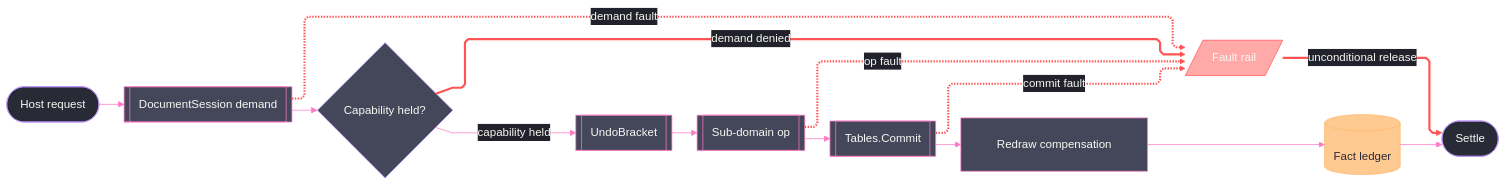
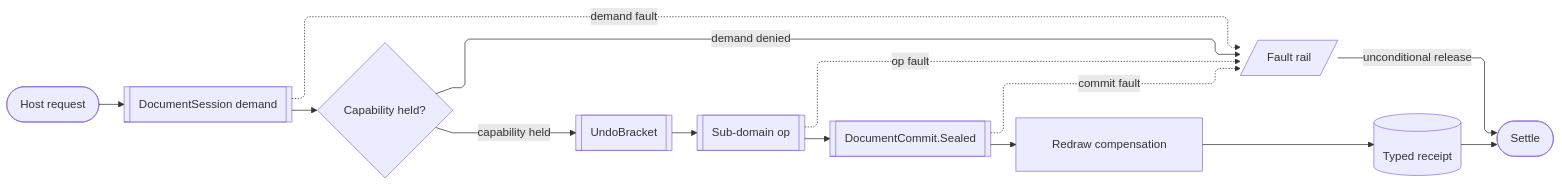
The third of 3 diagrams in libs/csharp/Rasm.Rhino/ARCHITECTURE.md (bsamiee/Rasm), drawn with Mermaid before and after one commit. The commit also changed other lines of this file and 460 other files, not shown here.

````diff
--- a/libs/csharp/Rasm.Rhino/ARCHITECTURE.md
+++ b/libs/csharp/Rasm.Rhino/ARCHITECTURE.md
@@ -239,53 +196,25 @@
 ```mermaid
 ---
 config:
-  theme: base
-  look: classic
   layout: elk
   flowchart:
     curve: linear
     padding: 25
-  themeVariables:
-    darkMode: true
-    fontFamily: "SF Mono, Menlo, Cascadia Mono, Segoe UI Mono, Consolas, monospace"
-    useGradient: false
-    dropShadow: "none"
-    background: "#282A36"
-    primaryColor: "#44475A"
-    primaryTextColor: "#F8F8F2"
-    primaryBorderColor: "#BD93F9"
-    lineColor: "#FF79C6"
-    textColor: "#F8F8F2"
-    edgeLabelBackground: "#21222C"
-    labelBackgroundColor: "#21222C"
-  themeCSS: ".nodeLabel{font-size:13px;font-weight:500}.edgeLabel{font-size:12px;font-weight:500}.cluster-label .nodeLabel{font-size:13.5px;font-weight:700;letter-spacing:.08em}.edge-thickness-normal{stroke-width:2px}.edge-thickness-thick{stroke-width:3px}.edge-pattern-dashed,.edge-pattern-dotted{stroke-width:1.5px;stroke-dasharray:4 6}.node rect,.node circle,.node polygon,.node path,.node .outer-path{stroke-width:1.5px;filter:none!important}.cluster rect{stroke-width:1px!important;stroke-dasharray:5 4!important;filter:none!important}.marker path{transform:scale(.8);transform-origin:5px 5px}.marker circle{transform:scale(.48);transform-origin:5px 5px}.edgeLabel rect{transform-box:fill-box;transform-origin:center;transform:scale(1.1,1.2)}"
 ---
 flowchart LR
     accTitle: Rasm.Rhino host-mutation spine
-    accDescr: The once-walked host mutation path from a request through the document-session demand and a capability gate into the UndoBracket, the sub-domain executor, and the sealing commit, with every stage fault converging on one red rail that still releases the bracket.
+    accDescr: The once-walked host mutation path from a request through the document-session demand and a capability gate into the UndoBracket, the sub-domain executor, and the sealing commit, with every stage fault converging on one fault rail that still releases the bracket.
     Request([Host request]) e1@--> Session[[DocumentSession demand]]
     Session e2@--> Ready{Capability held?}
     Ready e3@-->|"capability held"| Bracket[[UndoBracket]]
     Ready f1@-->|"demand denied"| Fault[/Fault rail/]
     Bracket e4@--> Executor[[Sub-domain op]]
-    Executor e5@--> Commit[[Tables.Commit]]
+    Executor e5@--> Commit[[DocumentCommit.Sealed]]
     Commit e6@--> Redraw[Redraw compensation]
-    Redraw e7@--> Ledger[(Fact ledger)]
+    Redraw e7@--> Ledger[(Typed receipt)]
     Ledger e8@--> Settle([Settle])
     Session f2@-.->|"demand fault"| Fault
     Executor f3@-.->|"op fault"| Fault
     Commit f4@-.->|"commit fault"| Fault
     Fault f5@-->|"unconditional release"| Settle
-    classDef boundary fill:#282A36,stroke:#BD93F9,color:#F8F8F2
-    classDef error fill:#FF555580,stroke:#FF5555,color:#F8F8F2
-    classDef primary fill:#44475A,stroke:#FF79C6,color:#F8F8F2
-    classDef data fill:#FFB86CBF,stroke:#FFB86C,color:#282A36
-    classDef edgeControl stroke:#FF79C6,color:#F8F8F2
-    classDef edgeError stroke:#FF5555,stroke-width:3px,color:#F8F8F2
-    class Request,Settle boundary
-    class Fault error
-    class Session,Bracket,Executor,Commit,Redraw primary
-    class Ledger data
-    class e1,e2,e3,e4,e5,e6,e7,e8 edgeControl
-    class f1,f2,f3,f4,f5 edgeError
 ```
````
